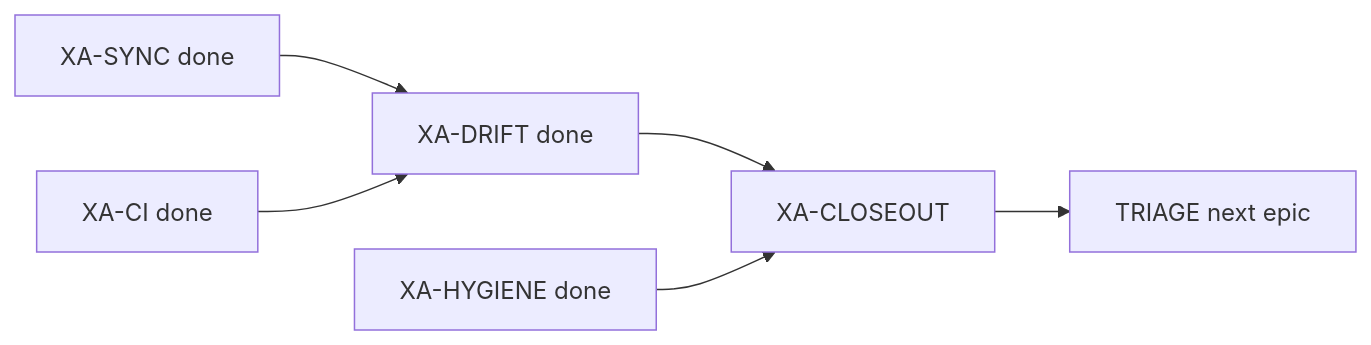
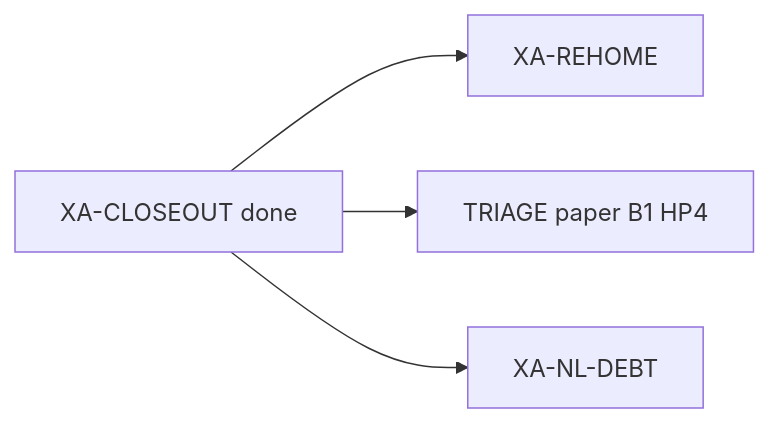
Before and after one commit to maraxen/prolix: the diagram in .praxia/docs/audits/260710_xtrax-rewire_next_steps.md, drawn with Mermaid. The commit also changed other lines of this file and 6 other files, not shown here.

First line of the commit message:
docs(audit): XA-CLOSEOUT VERIFY PASS — memo, invariants, debt

````diff
--- a/.praxia/docs/audits/260710_xtrax-rewire_next_steps.md
+++ b/.praxia/docs/audits/260710_xtrax-rewire_next_steps.md
@@ -18,14 +22,10 @@
 ```mermaid
 flowchart LR
-  syncDone[XA-SYNC done]
-  hygDone[XA-HYGIENE done]
-  ciDone[XA-CI done]
-  driftDone[XA-DRIFT done]
-  close[XA-CLOSEOUT]
-  triage[TRIAGE next epic]
-  syncDone --> driftDone
-  ciDone --> driftDone
-  driftDone --> close
-  hygDone --> close
-  close --> triage
+  closeDone[XA-CLOSEOUT done]
+  rehome[XA-REHOME]
+  triage[TRIAGE paper B1 HP4]
+  nlDebt[XA-NL-DEBT]
+  closeDone --> rehome
+  closeDone --> triage
+  closeDone --> nlDebt
 ```
````
